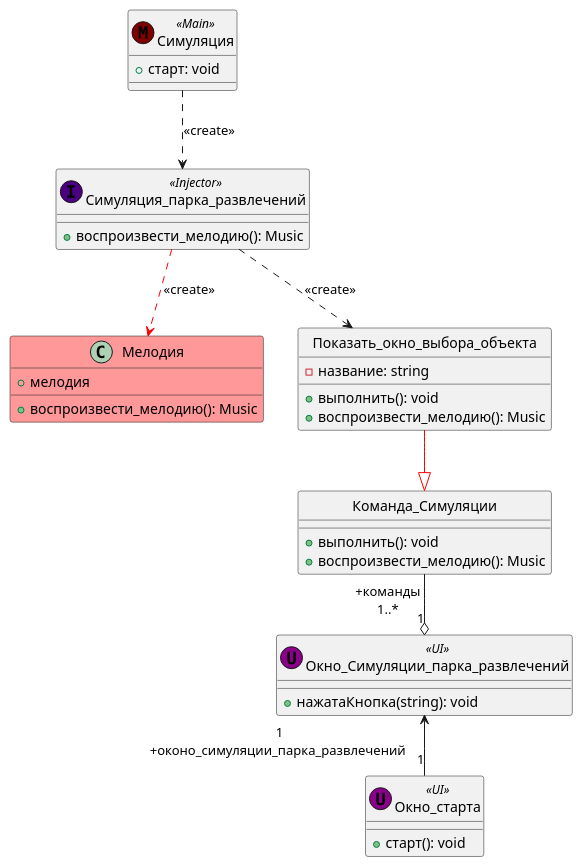
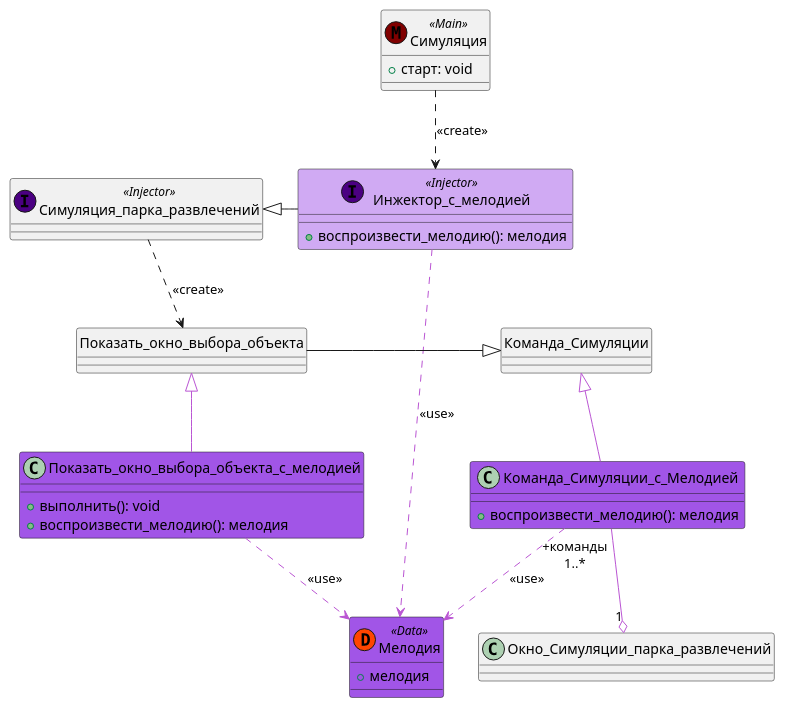
Before and after one commit to mzhirko/amusement-park: the diagram in description/diagrams/diagrams-ru/development-class/class-develop-music.wsd, drawn with PlantUML. The commit also changed 10 other files, not shown here.

Commit message:
Made an attempt to fix class dev diagrams

```diff
--- a/description/diagrams/diagrams-ru/development-class/class-develop-music.wsd
+++ b/description/diagrams/diagrams-ru/development-class/class-develop-music.wsd
@@ -1,44 +1,46 @@
 @startuml
-Симуляция ..> Симуляция_парка_развлечений: <<create>>
-Симуляция_парка_развлечений .[#red].> Мелодия: <<create>>
+Симуляция ..> Инжектор_с_мелодией: <<create>>
+Инжектор_с_мелодией .[#MediumOrchid].> Мелодия: <<use>>
+Симуляция_парка_развлечений <|- Инжектор_с_мелодией
+Показать_окно_выбора_объекта <|-[#MediumOrchid]- Показать_окно_выбора_объекта_с_мелодией
+Команда_Симуляции <|-[#MediumOrchid]- Команда_Симуляции_с_Мелодией
+Показать_окно_выбора_объекта_с_мелодией .[#MediumOrchid].> Мелодия: <<use>>
+Команда_Симуляции_с_Мелодией .[#MediumOrchid].> Мелодия: <<use>>
 
 class Симуляция_парка_развлечений << (I,Indigo) Injector >> {
-+ воспроизвести_мелодию(): Music
+}
+
+class Инжектор_с_мелодией << (I,Indigo) Injector >> #D0AAF3 {
++ воспроизвести_мелодию(): мелодия
 }
 
 class Показать_окно_выбора_объекта {
-    - название: string
+}
+
+class Показать_окно_выбора_объекта_с_мелодией #A155E7 {
     + выполнить(): void
-    + воспроизвести_мелодию(): Music
+    + воспроизвести_мелодию(): мелодия
 }
 
 class Симуляция << (M,Maroon) Main >> {
 + старт: void
 }
 
-class Окно_старта << (U,DarkMagenta) UI>> {
-    + старт(): void
+class Команда_Симуляции {
 }
 
-class Команда_Симуляции {
-    + выполнить(): void
-    + воспроизвести_мелодию(): Music
+class Команда_Симуляции_с_Мелодией #A155E7 {
+    + воспроизвести_мелодию(): мелодия
 }
 
-class Окно_Симуляции_парка_развлечений << (U,DarkMagenta) UI>> {
-    + нажатаКнопка(string): void
-}
-
-class Мелодия #ff9999 {
-    + воспроизвести_мелодию(): Music
+class Мелодия << (D,OrangeRed) Data>> #A155E7 {
     + мелодия
 }
 
 hide Показать_окно_выбора_объекта circle
 hide Команда_Симуляции circle
 
 Симуляция_парка_развлечений ..> Показать_окно_выбора_объекта: <<create>>
-Показать_окно_выбора_объекта -[#red]-|> Команда_Симуляции
-Команда_Симуляции " +команды\n 1..*" --o "1" Окно_Симуляции_парка_развлечений
-Окно_старта "1" -up->" 1\n+оконо_симуляции_парка_развлечений" Окно_Симуляции_парка_развлечений
+Показать_окно_выбора_объекта -|> Команда_Симуляции
+Команда_Симуляции_с_Мелодией " +команды\n 1..*" -[#MediumOrchid]-o "1" Окно_Симуляции_парка_развлечений
 @enduml
```
